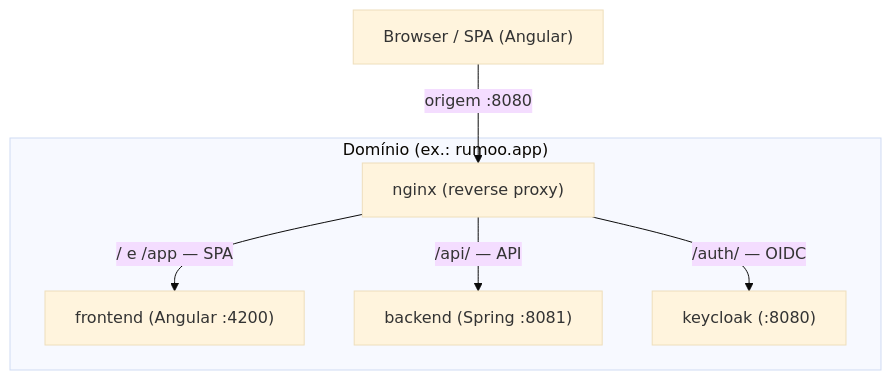
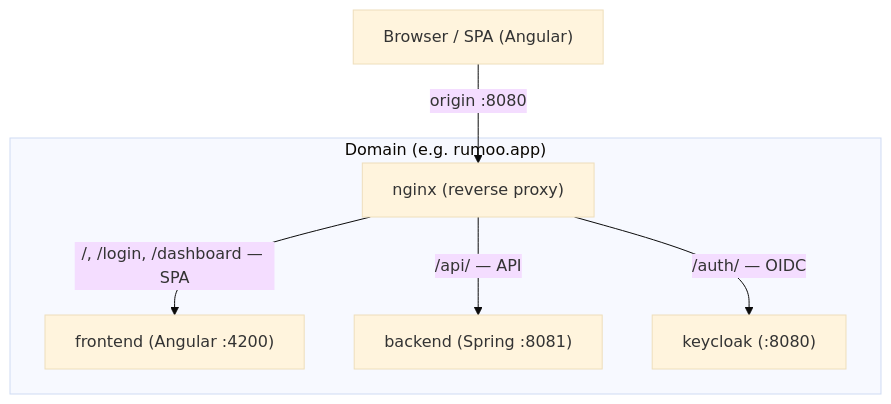
One commit to MatheusWith/Rumoo changed the first of 7 diagrams in docs/auth/authentication-authorization.md. Above: the diagram before and after it, drawn with Mermaid (base theme). The commit also changed other lines of this file, not shown here.

````diff
--- a/docs/auth/authentication-authorization.md
+++ b/docs/auth/authentication-authorization.md
@@ -94,10 +95,10 @@
 ```mermaid
 flowchart TD
-    BROWSER["Browser / SPA (Angular)"] -->|"origem :8080"| NGINX["nginx (reverse proxy)"]
+    BROWSER["Browser / SPA (Angular)"] -->|"origin :8080"| NGINX["nginx (reverse proxy)"]
 
-    subgraph DOM["Domínio (ex.: rumoo.app)"]
-        NGINX -->|"/ e /app — SPA"| FE["frontend (Angular :4200)"]
+    subgraph DOM["Domain (e.g. rumoo.app)"]
+        NGINX -->|"/, /login, /dashboard — SPA"| FE["frontend (Angular :4200)"]
         NGINX -->|"/api/ — API"| BE["backend (Spring :8081)"]
         NGINX -->|"/auth/ — OIDC"| KC["keycloak (:8080)"]
     end
 ```
````
